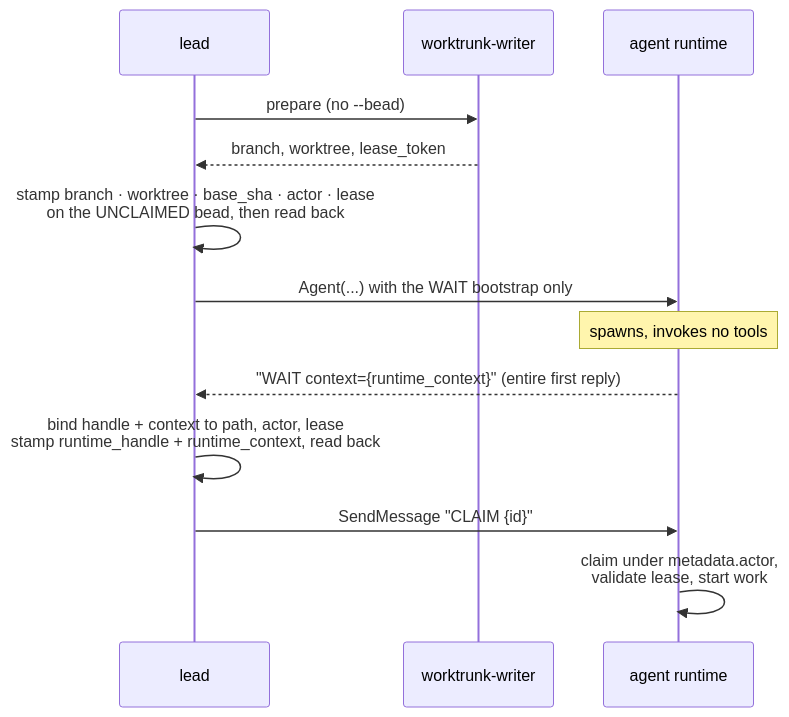
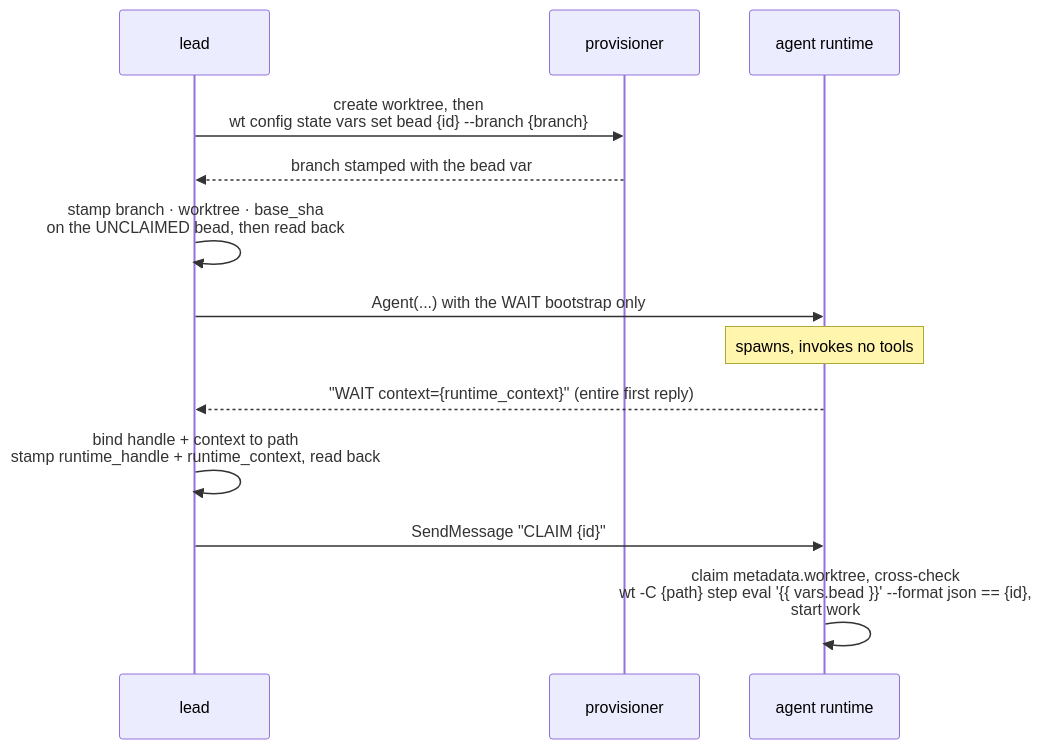
One commit to srobroek/agentic-packages changed the fourth of 6 diagrams in docs/orchestrate.md. Above: the diagram before and after it, drawn with Mermaid. The commit also changed other lines of this file and 27 other files, not shown here.

First line of the commit message:
feat!: retire the worktrunk-writer package

````diff
--- a/docs/orchestrate.md
+++ b/docs/orchestrate.md
@@ -149,15 +149,15 @@
 ```mermaid
 sequenceDiagram
     participant L as lead
-    participant W as worktrunk-writer
+    participant P as provisioner
     participant A as agent runtime
-    L->>W: prepare (no --bead)
-    W-->>L: branch, worktree, lease_token
-    L->>L: stamp branch · worktree · base_sha · actor · lease<br/>on the UNCLAIMED bead, then read back
+    L->>P: create worktree, then<br/>wt config state vars set bead {id} --branch {branch}
+    P-->>L: branch stamped with the bead var
+    L->>L: stamp branch · worktree · base_sha<br/>on the UNCLAIMED bead, then read back
     L->>A: Agent(...) with the WAIT bootstrap only
     Note over A: spawns, invokes no tools
     A-->>L: "WAIT context={runtime_context}" (entire first reply)
-    L->>L: bind handle + context to path, actor, lease<br/>stamp runtime_handle + runtime_context, read back
+    L->>L: bind handle + context to path<br/>stamp runtime_handle + runtime_context, read back
     L->>A: SendMessage "CLAIM {id}"
-    A->>A: claim under metadata.actor,<br/>validate lease, start work
+    A->>A: claim metadata.worktree, cross-check<br/>wt -C {path} step eval '{{ vars.bead }}' --format json == {id},<br/>start work
 ```
````
